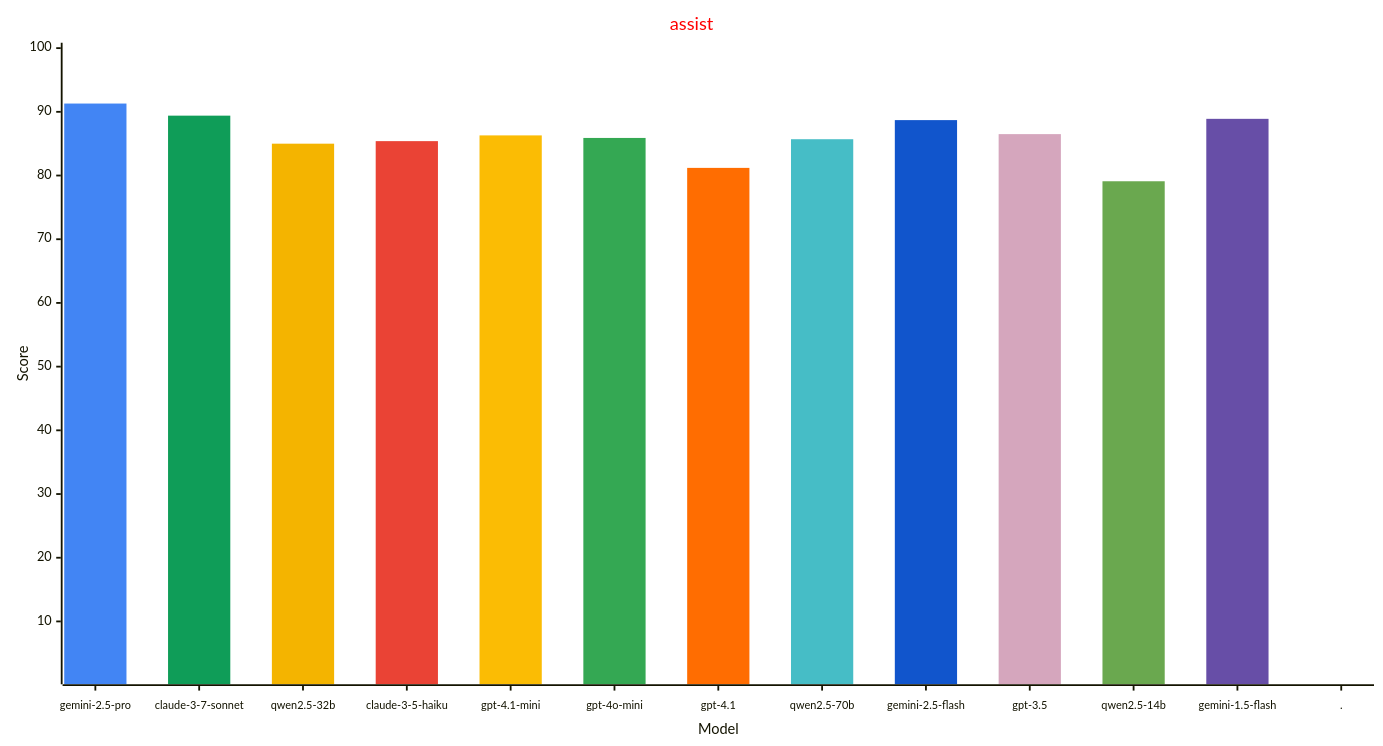
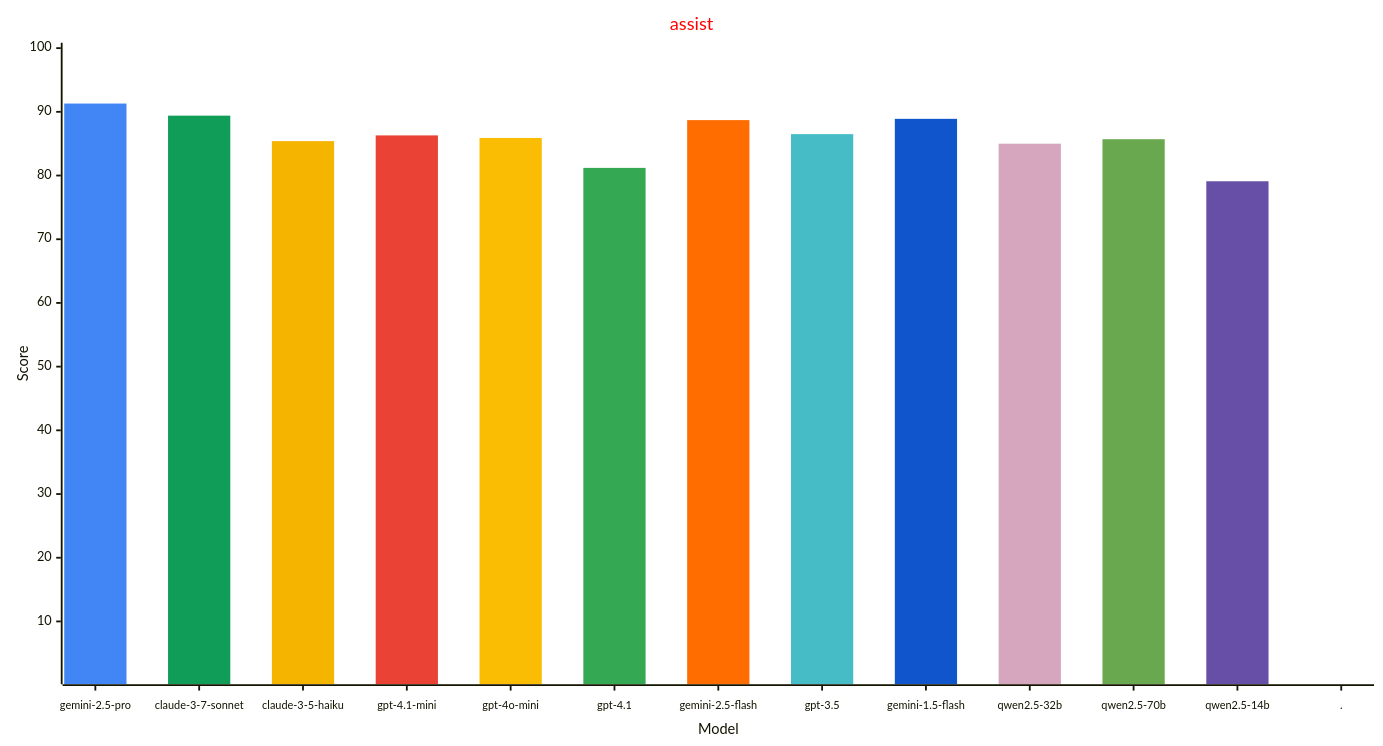
The first of 4 diagrams in reports/README.md (allenporter/home-assistant-datasets), drawn with Mermaid before and after one commit. The commit also changed other lines of this file and 1814 other files, not shown here.

````diff
--- a/reports/README.md
+++ b/reports/README.md
@@ -47,33 +47,33 @@
 ```mermaid
 ---
 config:
     xyChart:
         width: 1500
         height: 800
         xAxis:
           labelFontSize: 12
           labelPadding: 8
     themeVariables:
         xyChart:
             titleColor: "#ff0000"
             plotColorPalette: "#4285f4, #0f9d58, #f4b400, #ea4335, #fbbc04, #34a853, #ff6d01, #46bdc6, #1155cc, #d5a6bd, #6aa84f, #674ea7, #4285f4"
 
 ---
 xychart-beta
   title "assist"
-  x-axis "Model" [gemini-2.5-pro, claude-3-7-sonnet, qwen2.5-32b, claude-3-5-haiku, gpt-4.1-mini, gpt-4o-mini, gpt-4.1, qwen2.5-70b, gemini-2.5-flash, gpt-3.5, qwen2.5-14b, gemini-1.5-flash, .]
+  x-axis "Model" [gemini-2.5-pro, claude-3-7-sonnet, claude-3-5-haiku, gpt-4.1-mini, gpt-4o-mini, gpt-4.1, gemini-2.5-flash, gpt-3.5, gemini-1.5-flash, qwen2.5-32b, qwen2.5-70b, qwen2.5-14b, .]
   y-axis "Score" 1 --> 100
   bar [91.3, 0.0, 0.0, 0.0, 0.0, 0.0, 0.0, 0.0, 0.0, 0.0, 0.0, 0.0, 0.0]
   bar [0.0, 89.4, 0.0, 0.0, 0.0, 0.0, 0.0, 0.0, 0.0, 0.0, 0.0, 0.0, 0.0]
-  bar [0.0, 0.0, 85.0, 0.0, 0.0, 0.0, 0.0, 0.0, 0.0, 0.0, 0.0, 0.0, 0.0]
-  bar [0.0, 0.0, 0.0, 85.4, 0.0, 0.0, 0.0, 0.0, 0.0, 0.0, 0.0, 0.0, 0.0]
-  bar [0.0, 0.0, 0.0, 0.0, 86.3, 0.0, 0.0, 0.0, 0.0, 0.0, 0.0, 0.0, 0.0]
-  bar [0.0, 0.0, 0.0, 0.0, 0.0, 85.9, 0.0, 0.0, 0.0, 0.0, 0.0, 0.0, 0.0]
-  bar [0.0, 0.0, 0.0, 0.0, 0.0, 0.0, 81.2, 0.0, 0.0, 0.0, 0.0, 0.0, 0.0]
-  bar [0.0, 0.0, 0.0, 0.0, 0.0, 0.0, 0.0, 85.7, 0.0, 0.0, 0.0, 0.0, 0.0]
-  bar [0.0, 0.0, 0.0, 0.0, 0.0, 0.0, 0.0, 0.0, 88.7, 0.0, 0.0, 0.0, 0.0]
-  bar [0.0, 0.0, 0.0, 0.0, 0.0, 0.0, 0.0, 0.0, 0.0, 86.5, 0.0, 0.0, 0.0]
-  bar [0.0, 0.0, 0.0, 0.0, 0.0, 0.0, 0.0, 0.0, 0.0, 0.0, 79.1, 0.0, 0.0]
-  bar [0.0, 0.0, 0.0, 0.0, 0.0, 0.0, 0.0, 0.0, 0.0, 0.0, 0.0, 88.9, 0.0]
+  bar [0.0, 0.0, 85.4, 0.0, 0.0, 0.0, 0.0, 0.0, 0.0, 0.0, 0.0, 0.0, 0.0]
+  bar [0.0, 0.0, 0.0, 86.3, 0.0, 0.0, 0.0, 0.0, 0.0, 0.0, 0.0, 0.0, 0.0]
+  bar [0.0, 0.0, 0.0, 0.0, 85.9, 0.0, 0.0, 0.0, 0.0, 0.0, 0.0, 0.0, 0.0]
+  bar [0.0, 0.0, 0.0, 0.0, 0.0, 81.2, 0.0, 0.0, 0.0, 0.0, 0.0, 0.0, 0.0]
+  bar [0.0, 0.0, 0.0, 0.0, 0.0, 0.0, 88.7, 0.0, 0.0, 0.0, 0.0, 0.0, 0.0]
+  bar [0.0, 0.0, 0.0, 0.0, 0.0, 0.0, 0.0, 86.5, 0.0, 0.0, 0.0, 0.0, 0.0]
+  bar [0.0, 0.0, 0.0, 0.0, 0.0, 0.0, 0.0, 0.0, 88.9, 0.0, 0.0, 0.0, 0.0]
+  bar [0.0, 0.0, 0.0, 0.0, 0.0, 0.0, 0.0, 0.0, 0.0, 85.0, 0.0, 0.0, 0.0]
+  bar [0.0, 0.0, 0.0, 0.0, 0.0, 0.0, 0.0, 0.0, 0.0, 0.0, 85.7, 0.0, 0.0]
+  bar [0.0, 0.0, 0.0, 0.0, 0.0, 0.0, 0.0, 0.0, 0.0, 0.0, 0.0, 79.1, 0.0]
   bar [0.0, 0.0, 0.0, 0.0, 0.0, 0.0, 0.0, 0.0, 0.0, 0.0, 0.0, 0.0, -1.0]
 ```
````
